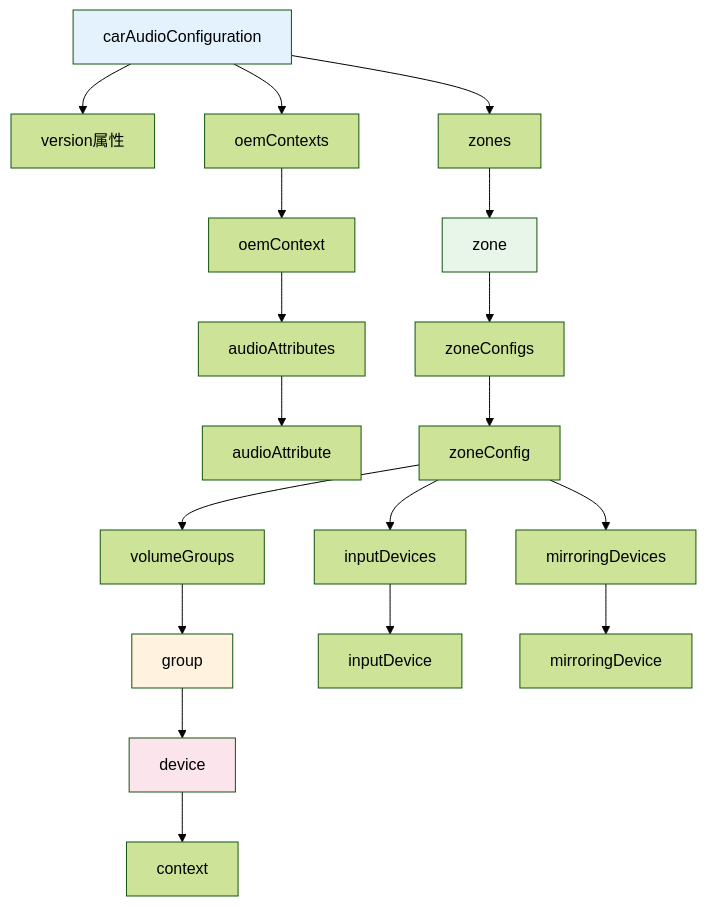
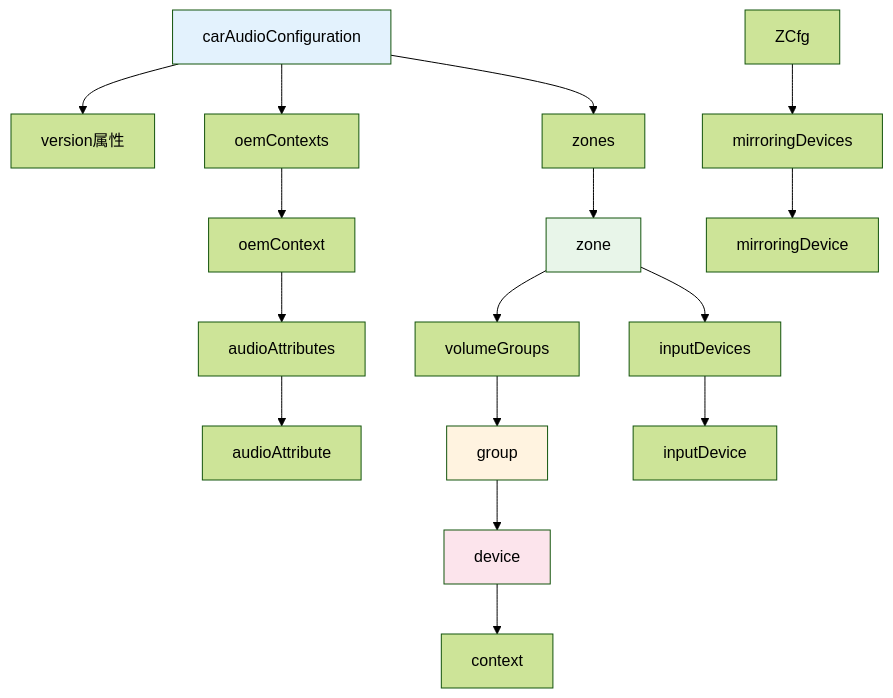
The first of 3 diagrams in 11_Vendor_Layer/11_11.9_car_audio_configuration.xml_深度解析.md (yanglinzhen1022/SA8295_AAOS_QNX_Audio_KnowledgeBase), drawn with Mermaid (forest theme) before and after one commit. The commit also changed other lines of this file and 5 other files, not shown here.

````diff
--- a/11_Vendor_Layer/11_11.9_car_audio_configuration.xml_深度解析.md
+++ b/11_Vendor_Layer/11_11.9_car_audio_configuration.xml_深度解析.md
@@ -11,25 +11,23 @@
 ```mermaid
 graph TD
     Root[carAudioConfiguration] --> Ver[version属性]
     Root --> OemCtx[oemContexts]
     Root --> Zones[zones]
     OemCtx --> OemC[oemContext]
     OemC --> AA[audioAttributes]
     AA --> AAttr[audioAttribute]
     Zones --> Zone[zone]
-    Zone --> ZCfgs[zoneConfigs]
-    ZCfgs --> ZCfg[zoneConfig]
-    ZCfg --> VGs[volumeGroups]
+    Zone --> VGs[volumeGroups]
     VGs --> VG[group]
     VG --> Dev[device]
     Dev --> Ctx[context]
-    ZCfg --> InDevs[inputDevices]
+    Zone --> InDevs[inputDevices]
     InDevs --> InDev[inputDevice]
     ZCfg --> MirDevs[mirroringDevices]
     MirDevs --> MirDev[mirroringDevice]
 
     style Root fill:#e3f2fd
     style Zone fill:#e8f5e9
     style VG fill:#fff3e0
     style Dev fill:#fce4ec
 ```
````
